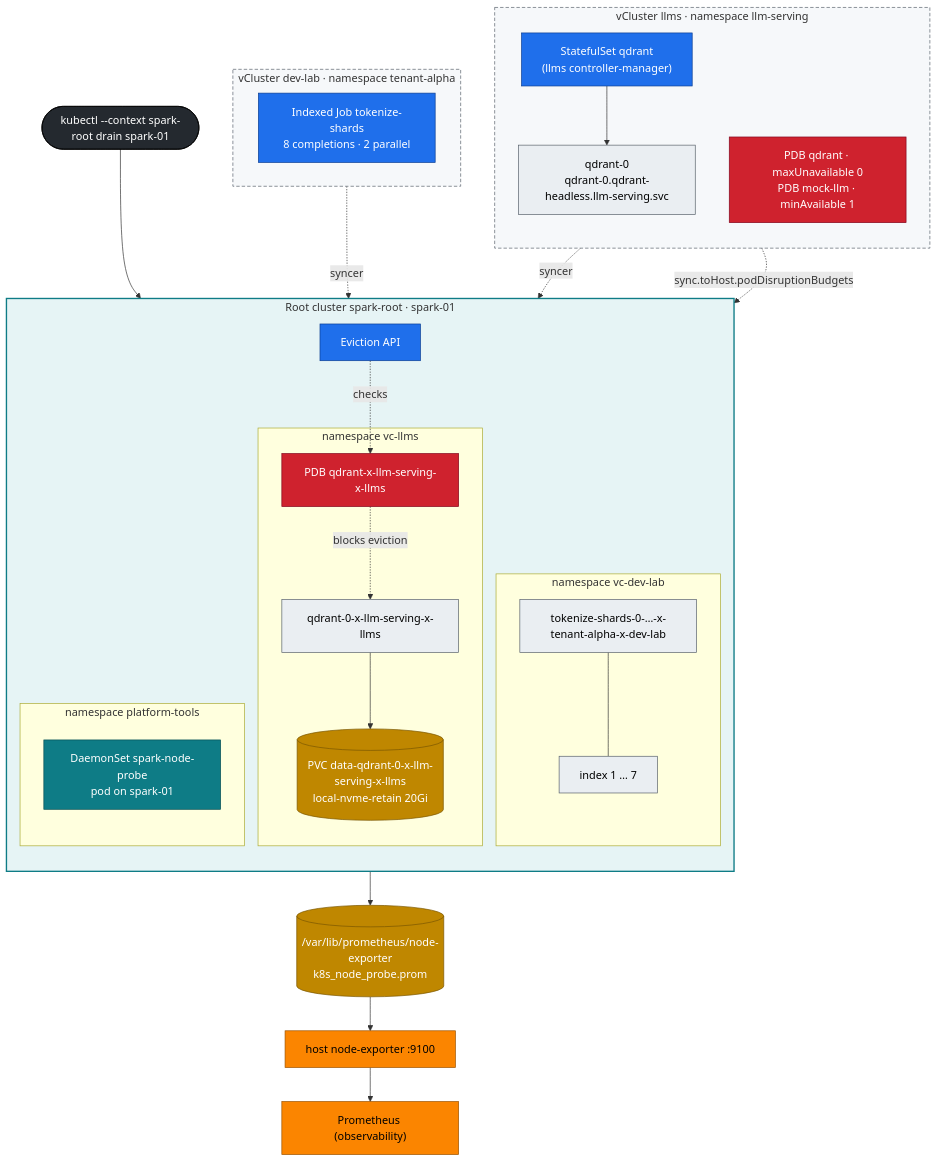
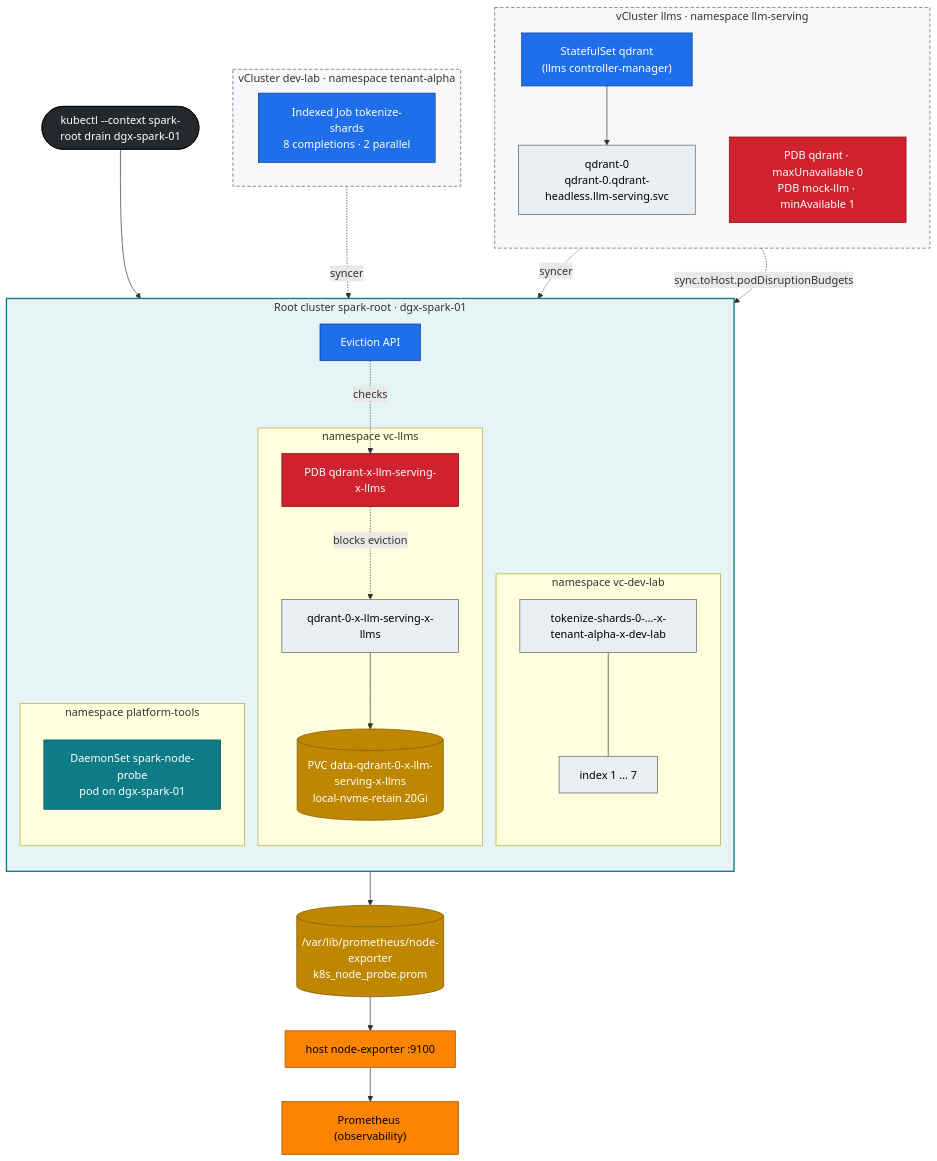
One commit to cloudone365/technical-depth changed the diagram in 02 Kubernetes/10-advanced-workload-controllers.md. Above: the diagram before and after it, drawn with Mermaid. The commit also changed other lines of this file and 88 other files, not shown here.

First line of the commit message:
Rename the Spark hosts to dgx-spark-01 / dgx-spark-02

````diff
--- a/02 Kubernetes/10-advanced-workload-controllers.md
+++ b/02 Kubernetes/10-advanced-workload-controllers.md
@@ -44,51 +44,51 @@
 ```mermaid
 flowchart TB
   subgraph LLMS["vCluster llms · namespace llm-serving"]
     direction TB
     STS["StatefulSet qdrant<br/>(llms controller-manager)"] --> Q0V["qdrant-0<br/>qdrant-0.qdrant-headless.llm-serving.svc"]
     PDBV["PDB qdrant · maxUnavailable 0<br/>PDB mock-llm · minAvailable 1"]
   end
   subgraph DEV["vCluster dev-lab · namespace tenant-alpha"]
     direction LR
     JOB["Indexed Job tokenize-shards<br/>8 completions · 2 parallel"]
   end
-  subgraph ROOT["Root cluster spark-root · spark-01"]
+  subgraph ROOT["Root cluster spark-root · dgx-spark-01"]
     direction TB
     subgraph VCL["namespace vc-llms"]
       Q0["qdrant-0-x-llm-serving-x-llms"] --> PVC0[("PVC data-qdrant-0-x-llm-serving-x-llms<br/>local-nvme-retain 20Gi")]
       PDBR["PDB qdrant-x-llm-serving-x-llms"]
     end
     subgraph VCD["namespace vc-dev-lab"]
       I0["tokenize-shards-0-…-x-tenant-alpha-x-dev-lab"] --- I1["index 1 … 7"]
     end
     subgraph PT["namespace platform-tools"]
-      NP1["DaemonSet spark-node-probe<br/>pod on spark-01"]
+      NP1["DaemonSet spark-node-probe<br/>pod on dgx-spark-01"]
     end
     EVICT["Eviction API"]
   end
   Q0V -. "syncer" .-> Q0
   PDBV -. "sync.toHost.podDisruptionBudgets" .-> PDBR
   JOB -. "syncer" .-> I0
   NP1 --> TF[("/var/lib/prometheus/node-exporter<br/>k8s_node_probe.prom")]
   TF --> NE["host node-exporter :9100"] --> PROM["Prometheus (observability)"]
-  DRAIN(["kubectl --context spark-root drain spark-01"]) --> EVICT
+  DRAIN(["kubectl --context spark-root drain dgx-spark-01"]) --> EVICT
   EVICT -. "checks" .-> PDBR
   PDBR -. "blocks eviction" .-> Q0
   classDef ctrl fill:#1f6feb,stroke:#0b3d91,color:#fff
   classDef store fill:#bf8700,stroke:#7a5600,color:#fff
   classDef obs fill:#fb8500,stroke:#9a5200,color:#000
   classDef sec fill:#cf222e,stroke:#82071e,color:#fff
   classDef tenant fill:#eaeef2,stroke:#57606a,color:#000
   classDef node fill:#0e7c86,stroke:#064e54,color:#fff
   classDef ext fill:#24292f,stroke:#000,color:#fff
   class STS,JOB,EVICT ctrl
   class PVC0,TF store
   class NE,PROM obs
   class PDBV,PDBR sec
   class Q0V,Q0,I0,I1 tenant
   class NP1 node
   class DRAIN ext
   style ROOT fill:#e6f4f5,stroke:#0e7c86,stroke-width:2px
   style LLMS fill:#f6f8fa,stroke:#57606a,stroke-dasharray:5 3
   style DEV fill:#f6f8fa,stroke:#57606a,stroke-dasharray:5 3
 ```
````
